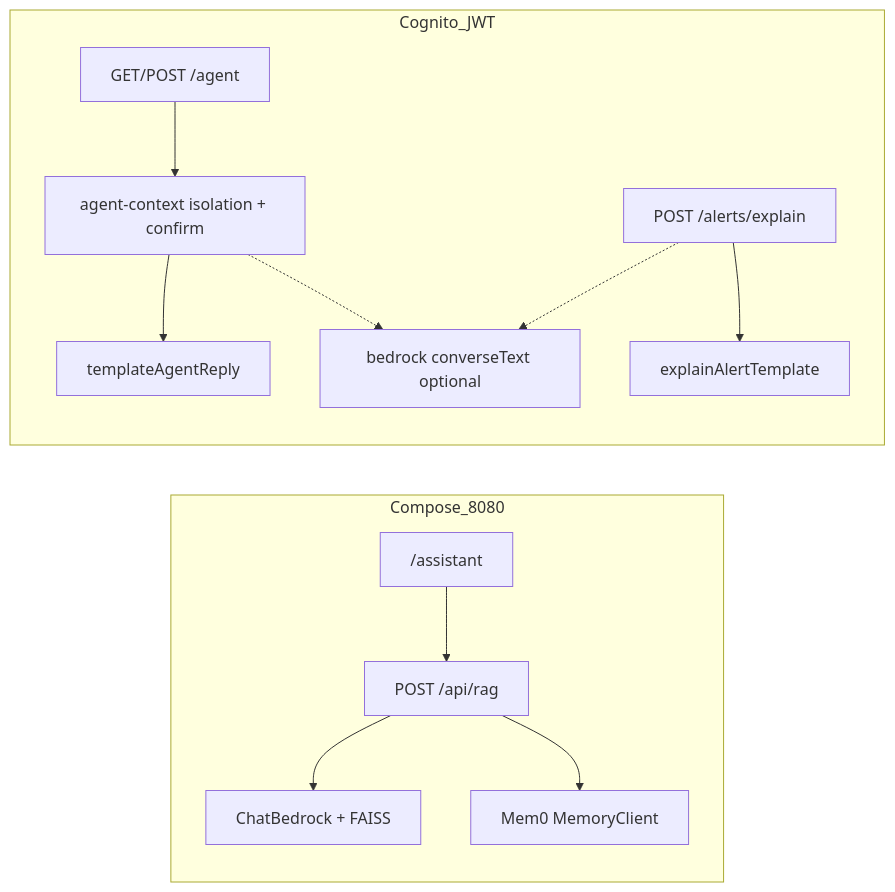
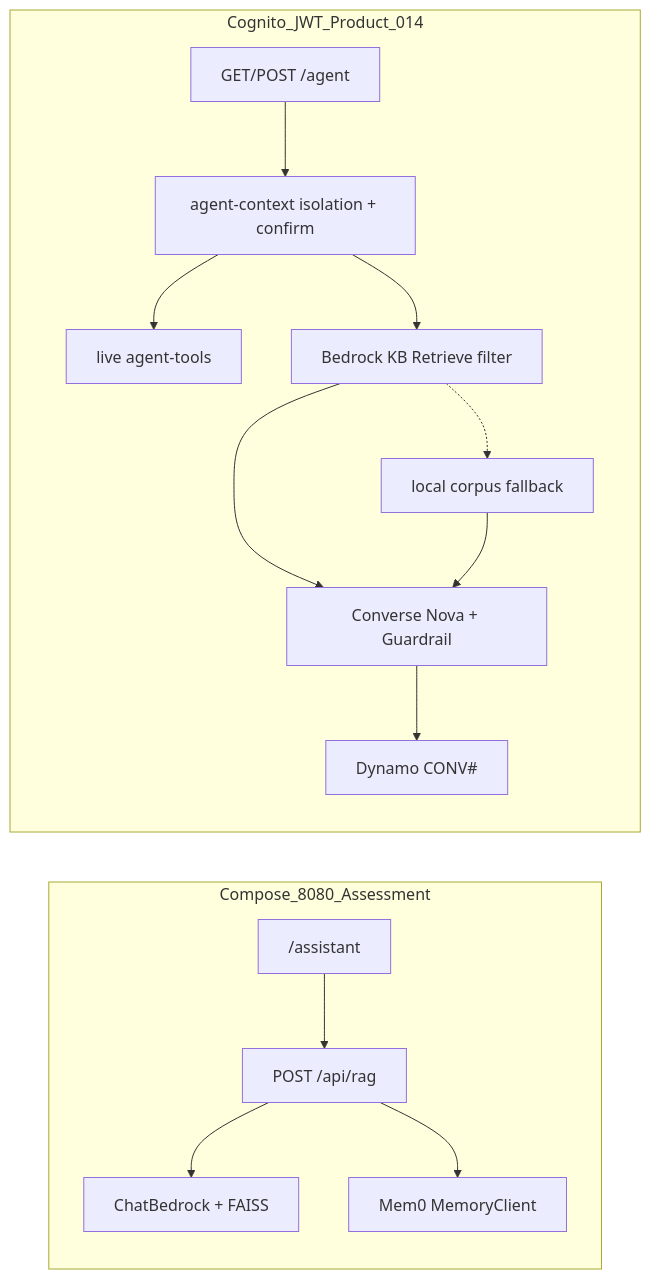
One commit to Bigessfour/Colorado_Rural_Water changed the third of 3 diagrams in docs/function-tree.md. Above: the diagram before and after it, drawn with Mermaid. The commit also changed other lines of this file and 186 other files, not shown here.

First line of the commit message:
Ship Cognito RAG assistant, local map pins, and dashboard chart layout.

````diff
--- a/docs/function-tree.md
+++ b/docs/function-tree.md
@@ -103,23 +103,26 @@
 ```mermaid
 flowchart LR
-  subgraph compose [Compose_8080]
+  subgraph compose [Compose_8080_Assessment]
     AsstUI["/assistant"]
     RagApi["POST /api/rag"]
     ChatBedrock["ChatBedrock + FAISS"]
     Mem0["Mem0 MemoryClient"]
     AsstUI --> RagApi --> ChatBedrock
     RagApi --> Mem0
   end
-  subgraph aws [Cognito_JWT]
+  subgraph aws [Cognito_JWT_Product_014]
     AgentApi["GET/POST /agent"]
     Guard["agent-context isolation + confirm"]
-    Template["templateAgentReply"]
-    Bedrock["bedrock converseText optional"]
-    Explain["POST /alerts/explain"]
-    ExplainTpl["explainAlertTemplate"]
-    AgentApi --> Guard --> Template
-    Guard -.-> Bedrock
-    Explain --> ExplainTpl
-    Explain -.-> Bedrock
+    Tools["live agent-tools"]
+    KB["Bedrock KB Retrieve filter"]
+    Local["local corpus fallback"]
+    Converse["Converse Nova + Guardrail"]
+    Conv["Dynamo CONV#"]
+    AgentApi --> Guard --> Tools
+    Guard --> KB
+    KB --> Converse
+    KB -.-> Local
+    Local --> Converse
+    Converse --> Conv
   end
 ```
````
